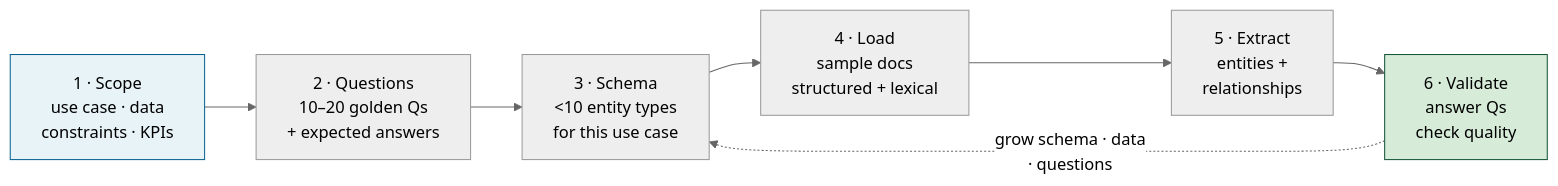
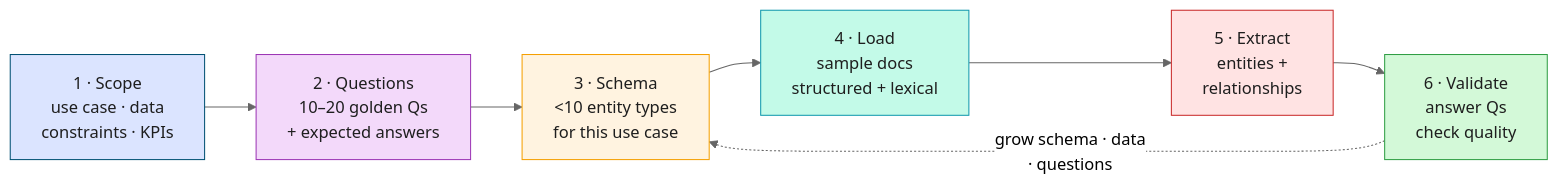
The third of 13 diagrams in outputs/Graph_Intelligence_Technical_DeepDive.md (joy-neo4j/graph-intelligence-agent), drawn with Mermaid (neutral theme) before and after one commit. The commit also changed other lines of this file and 1 other file, not shown here.

First line of the commit message:
style(diagrams): restyle all Mermaid diagrams for contrast and colour

````diff
--- a/outputs/Graph_Intelligence_Technical_DeepDive.md
+++ b/outputs/Graph_Intelligence_Technical_DeepDive.md
@@ -244,11 +255,15 @@
 ```mermaid
 flowchart LR
     S0["1 · Scope<br/>use case · data<br/>constraints · KPIs"] --> S1["2 · Questions<br/>10–20 golden Qs<br/>+ expected answers"]
     S1 --> S2["3 · Schema<br/>&lt;10 entity types<br/>for this use case"]
     S2 --> S3["4 · Load<br/>sample docs<br/>structured + lexical"]
     S3 --> S4["5 · Extract<br/>entities +<br/>relationships"]
     S4 --> S5["6 · Validate<br/>answer Qs<br/>check quality"]
     S5 -.->|"grow schema · data<br/>· questions"| S2
-    style S0 fill:#E8F3F8,stroke:#0A6190
-    style S5 fill:#D6ECD8,stroke:#145439
+    style S0 fill:#dbe4ff,stroke:#005073,color:#1e1e1e
+    style S1 fill:#f3d9fa,stroke:#9c36b5,color:#1e1e1e
+    style S2 fill:#fff3e0,stroke:#f59f00,color:#1e1e1e
+    style S3 fill:#c3fae8,stroke:#1098ad,color:#1e1e1e
+    style S4 fill:#ffe3e3,stroke:#c92a2a,color:#1e1e1e
+    style S5 fill:#d3f9d8,stroke:#2f9e44,color:#1e1e1e
 ```
````
